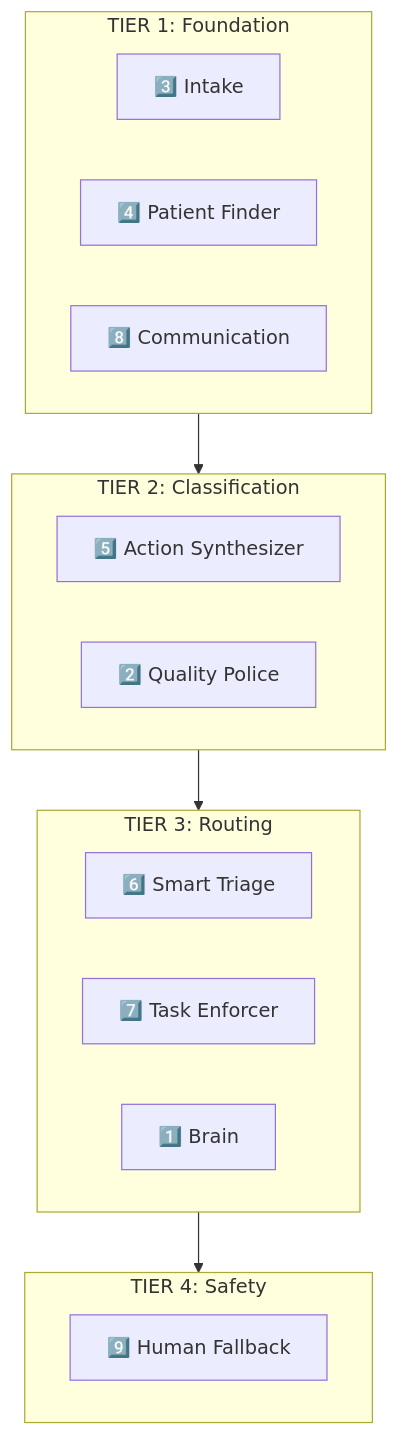
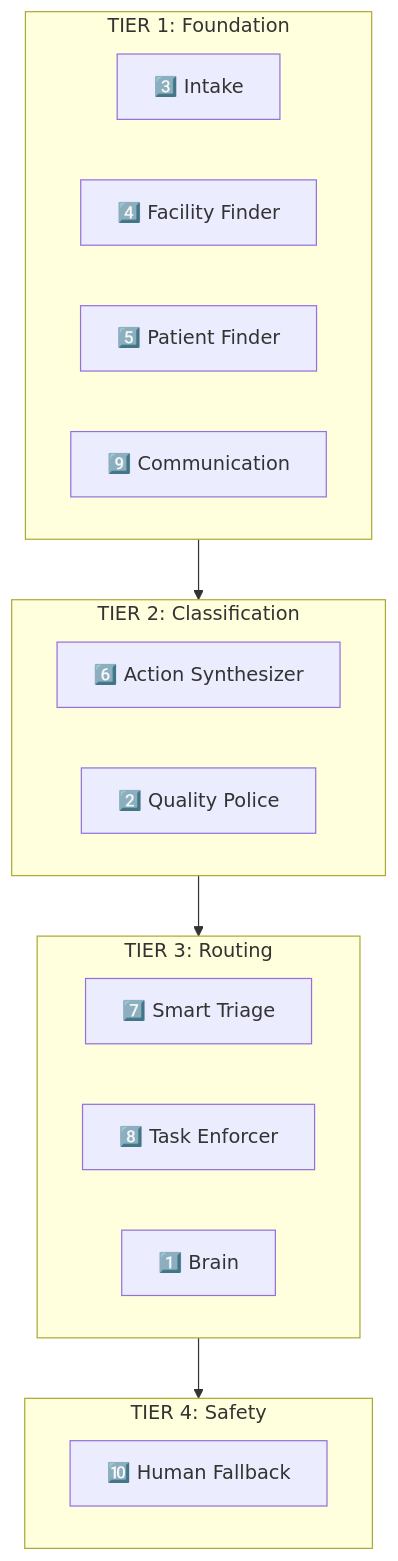
Before and after one commit to mohabnazmy/test: the tenth of 16 diagrams in all.md, drawn with Mermaid. The commit also changed other lines of this file, not shown here.

````diff
--- a/all.md
+++ b/all.md
@@ -480,25 +534,26 @@
 ```mermaid
 flowchart TB
     subgraph Tier1["TIER 1: Foundation"]
         T1A["3️⃣ Intake"]
-        T1B["4️⃣ Patient Finder"]
-        T1C["8️⃣ Communication"]
+        T1B["4️⃣ Facility Finder"]
+        T1C["5️⃣ Patient Finder"]
+        T1D["9️⃣ Communication"]
     end
     
     subgraph Tier2["TIER 2: Classification"]
-        T2A["5️⃣ Action Synthesizer"]
+        T2A["6️⃣ Action Synthesizer"]
         T2B["2️⃣ Quality Police"]
     end
     
     subgraph Tier3["TIER 3: Routing"]
-        T3A["6️⃣ Smart Triage"]
-        T3B["7️⃣ Task Enforcer"]
+        T3A["7️⃣ Smart Triage"]
+        T3B["8️⃣ Task Enforcer"]
         T3C["1️⃣ Brain"]
     end
     
     subgraph Tier4["TIER 4: Safety"]
-        T4A["9️⃣ Human Fallback"]
+        T4A["🔟 Human Fallback"]
     end
     
     Tier1 --> Tier2 --> Tier3 --> Tier4
 ```
````
